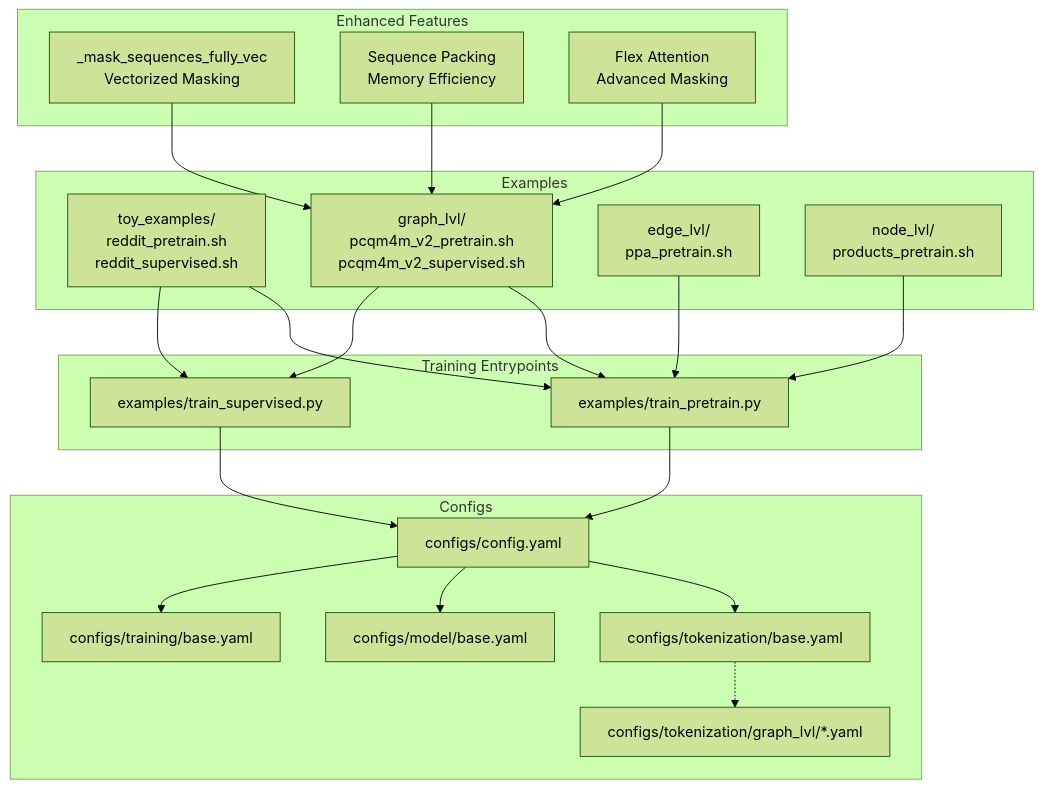
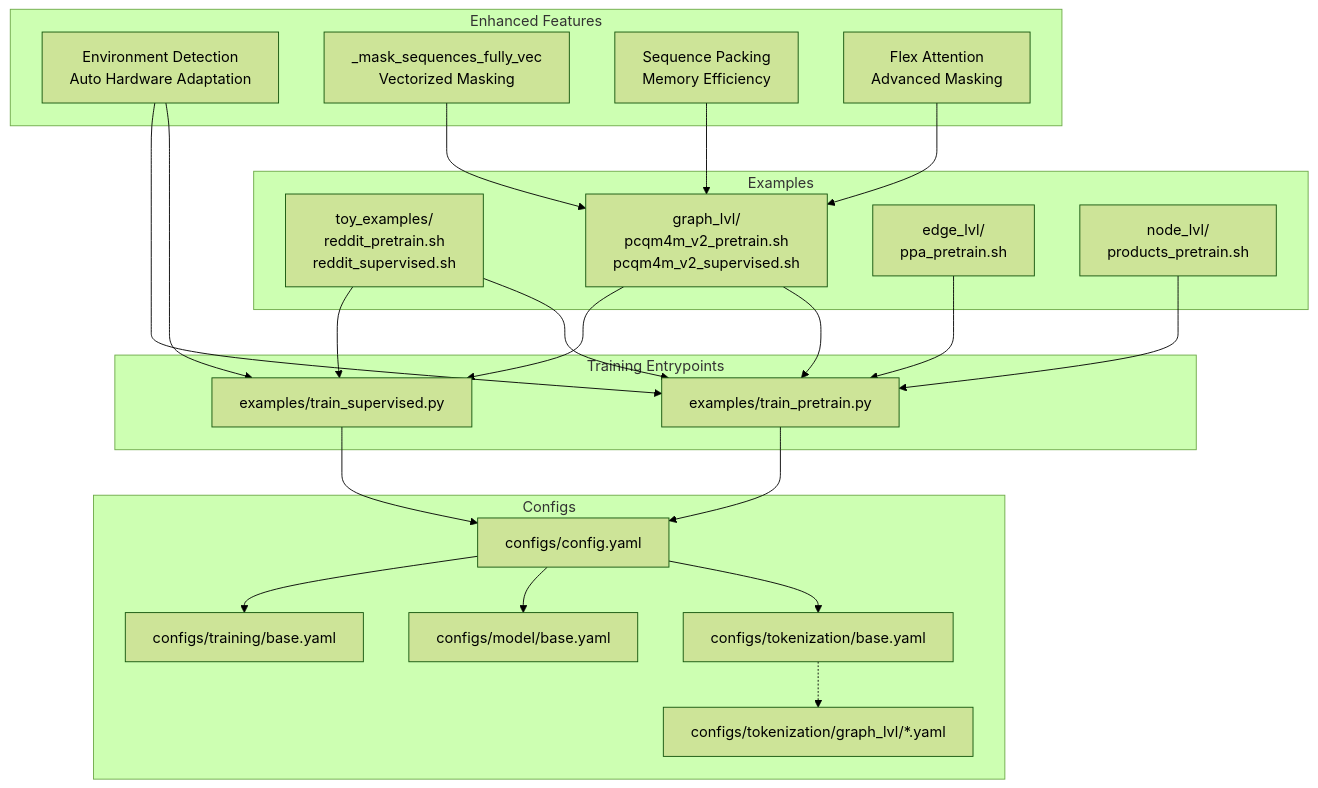
The first of 4 diagrams in .qoder/repowiki/en/content/Example Scripts/Example Scripts.md (alibaba/graph-gpt), drawn with Mermaid (forest theme) before and after one commit. The commit also changed other lines of this file and 7 other files, not shown here.

Commit message:
update graph-lvl bash files

````diff
--- a/.qoder/repowiki/en/content/Example Scripts/Example Scripts.md
+++ b/.qoder/repowiki/en/content/Example Scripts/Example Scripts.md
@@ -66,40 +68,43 @@
 ```mermaid
 graph TB
 subgraph "Examples"
 TE["toy_examples/<br/>reddit_pretrain.sh<br/>reddit_supervised.sh"]
 GL["graph_lvl/<br/>pcqm4m_v2_pretrain.sh<br/>pcqm4m_v2_supervised.sh"]
 EL["edge_lvl/<br/>ppa_pretrain.sh"]
 NL["node_lvl/<br/>products_pretrain.sh"]
 end
 subgraph "Configs"
 CFG["configs/config.yaml"]
 TOK["configs/tokenization/base.yaml"]
 TOK_G["configs/tokenization/graph_lvl/*.yaml"]
 MOD["configs/model/base.yaml"]
 TRN["configs/training/base.yaml"]
 end
 subgraph "Training Entrypoints"
 PRE["examples/train_pretrain.py"]
 SV["examples/train_supervised.py"]
 end
 subgraph "Enhanced Features"
+ENV["Environment Detection<br/>Auto Hardware Adaptation"]
 VEC["_mask_sequences_fully_vec<br/>Vectorized Masking"]
 PACK["Sequence Packing<br/>Memory Efficiency"]
 FLEX["Flex Attention<br/>Advanced Masking"]
 end
 TE --> PRE
 TE --> SV
 GL --> PRE
 GL --> SV
 EL --> PRE
 NL --> PRE
 PRE --> CFG
 SV --> CFG
 CFG --> TOK
 CFG --> MOD
 CFG --> TRN
 TOK -.-> TOK_G
+ENV --> SV
+ENV --> PRE
 VEC --> GL
 PACK --> GL
 FLEX --> GL
 ```
````
